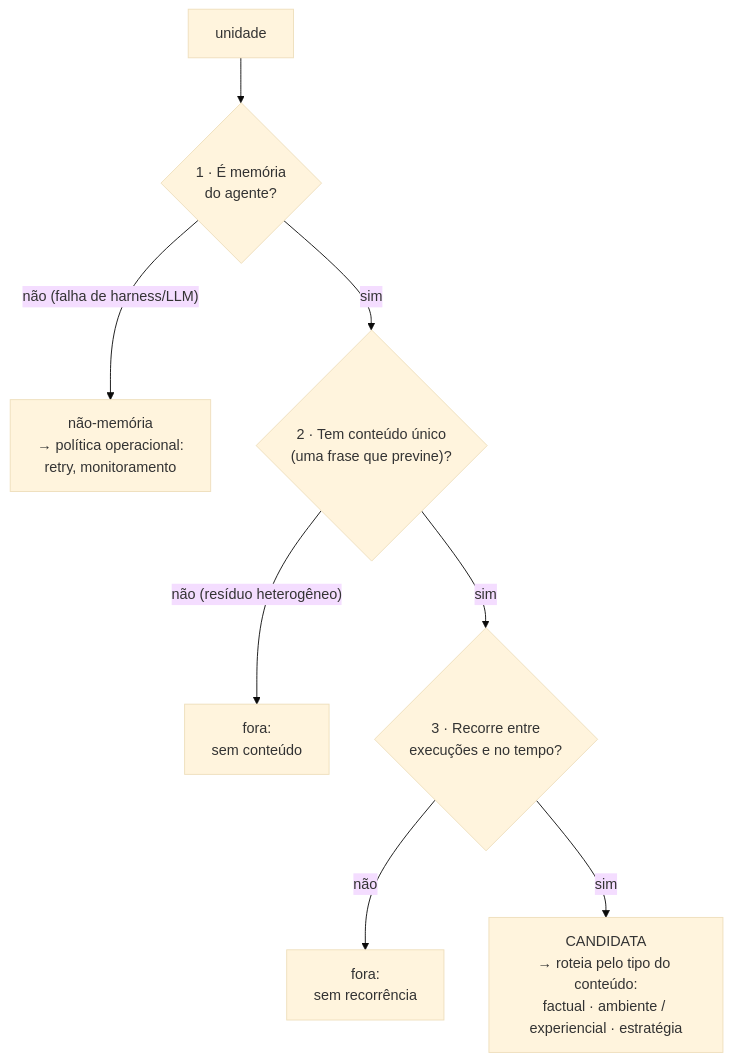
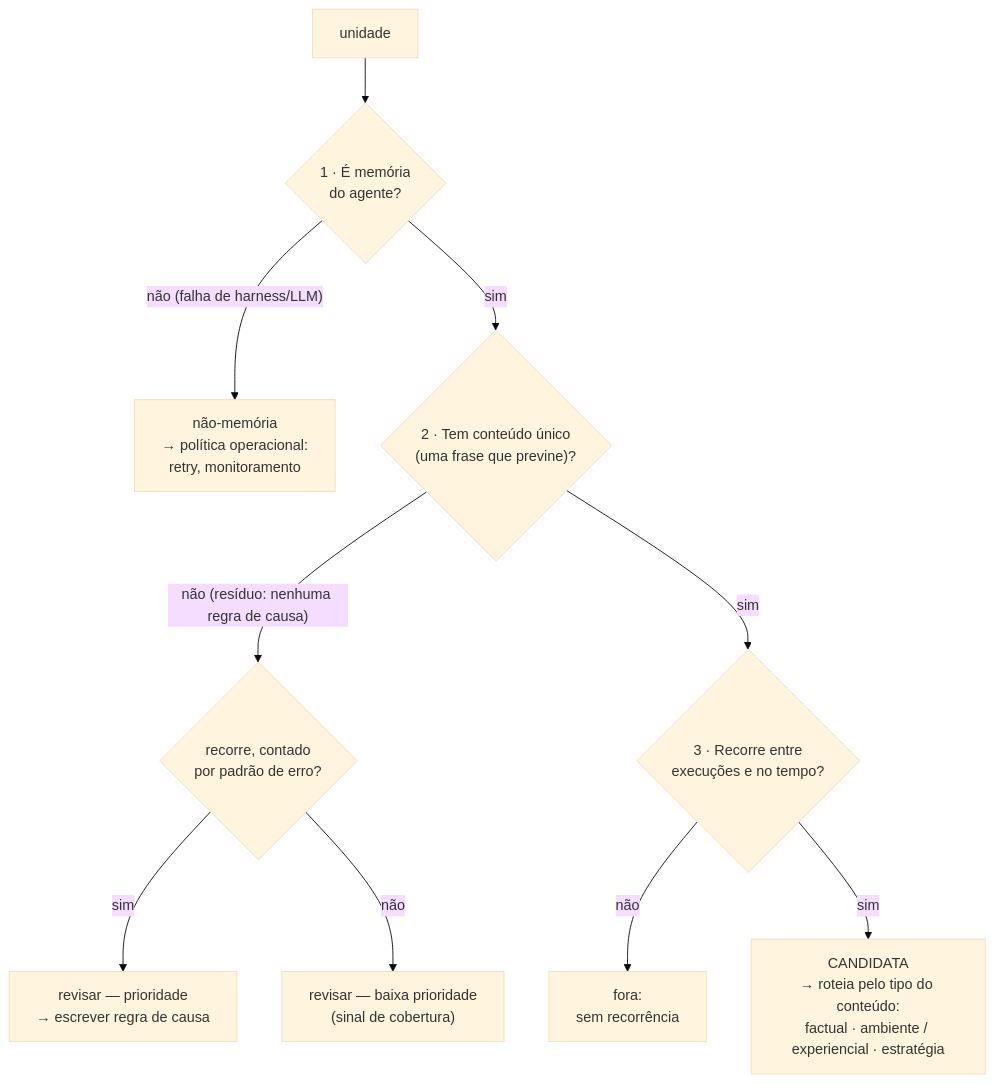
The fourth of 6 diagrams in discussion/hipoteses/trace-error-taxonomy-methodology/general-error-taxonomy-methodology.md (rc-ventura/memory_layer_ai_agents), drawn with Mermaid (base theme) before and after one commit. The commit also changed other lines of this file and 13 other files, not shown here.

````diff
--- a/discussion/hipoteses/trace-error-taxonomy-methodology/general-error-taxonomy-methodology.md
+++ b/discussion/hipoteses/trace-error-taxonomy-methodology/general-error-taxonomy-methodology.md
@@ -237,10 +240,12 @@
 ```mermaid
 flowchart TD
     U["unidade"] --> Q1{"1 · É memória<br/>do agente?"}
     Q1 -->|"não (falha de harness/LLM)"| NM["não-memória<br/>→ política operacional:<br/>retry, monitoramento"]
     Q1 -->|"sim"| Q2{"2 · Tem conteúdo único<br/>(uma frase que previne)?"}
-    Q2 -->|"não (resíduo heterogêneo)"| OUT1["fora:<br/>sem conteúdo"]
+    Q2 -->|"não (resíduo: nenhuma regra de causa)"| REV{"recorre, contado<br/>por padrão de erro?"}
+    REV -->|"sim"| R1["revisar — prioridade<br/>→ escrever regra de causa"]
+    REV -->|"não"| R2["revisar — baixa prioridade<br/>(sinal de cobertura)"]
     Q2 -->|"sim"| Q3{"3 · Recorre entre<br/>execuções e no tempo?"}
     Q3 -->|"não"| OUT2["fora:<br/>sem recorrência"]
     Q3 -->|"sim"| CAND["CANDIDATA<br/>→ roteia pelo tipo do conteúdo:<br/>factual · ambiente / experiencial · estratégia"]
 ```
````
